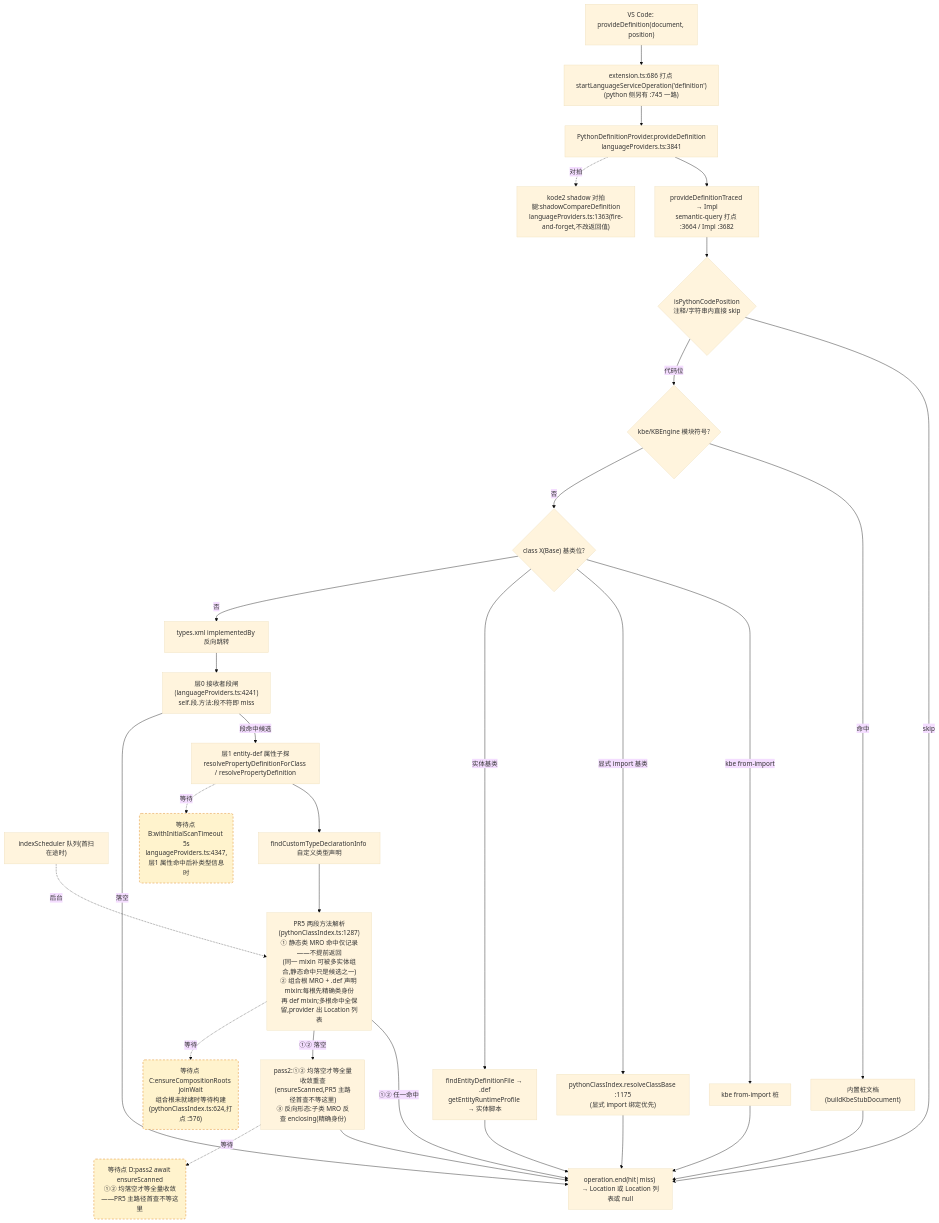
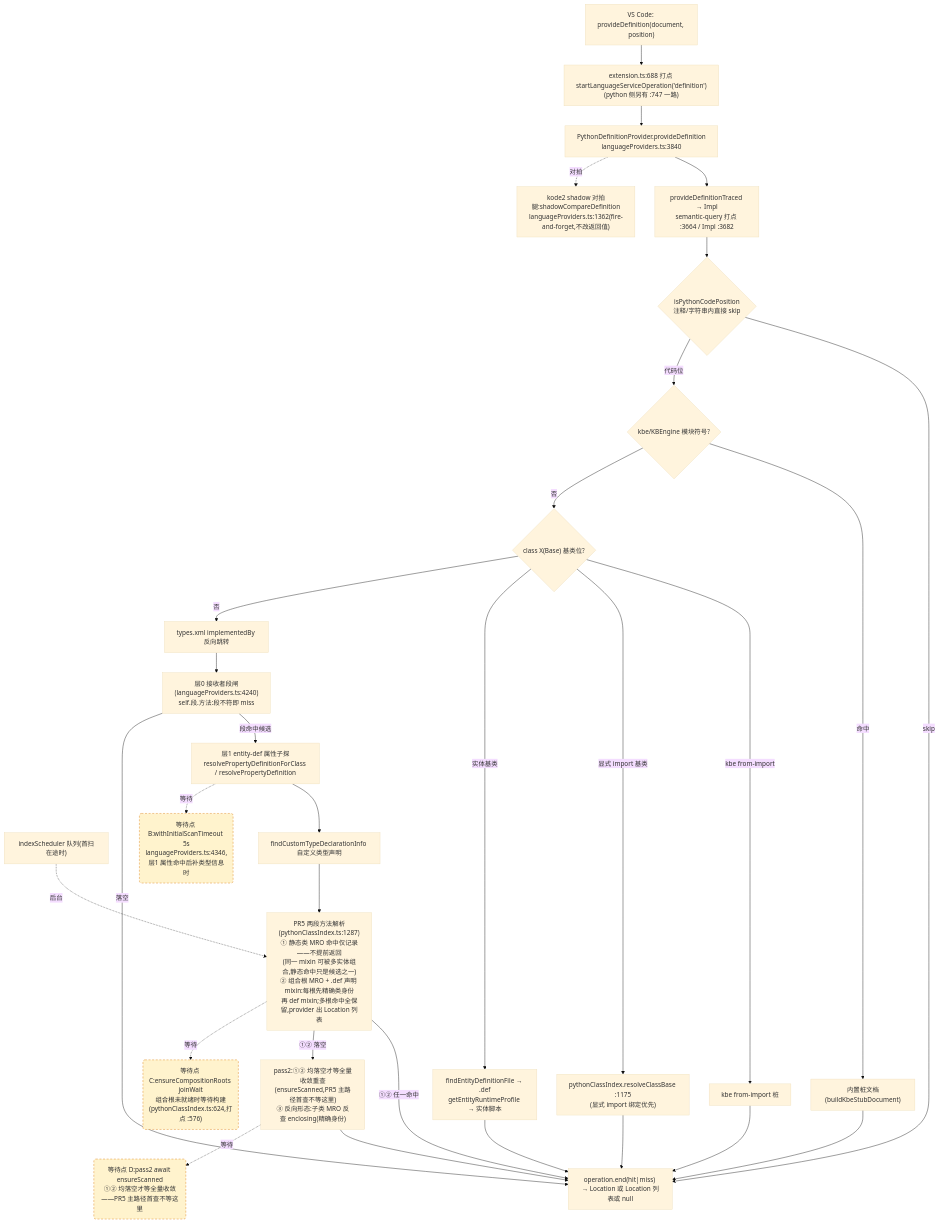
Before and after one commit to cuihairu/kode: the second of 4 diagrams in docs/perf/2026-baseline.md, drawn with Mermaid (base theme). The commit also changed other lines of this file and 17 other files, not shown here.

Commit message:
refactor: split schema core and presentation

````diff
--- a/docs/perf/2026-baseline.md
+++ b/docs/perf/2026-baseline.md
@@ -130,51 +130,51 @@
 ```mermaid
 flowchart TD
   VC2["VS Code: provideDefinition(document, position)"]
-  M2["extension.ts:686 打点 startLanguageServiceOperation('definition')<br/>(python 侧另有 :745 一路)"]
-  AD2["PythonDefinitionProvider.provideDefinition<br/>languageProviders.ts:3841"]
+  M2["extension.ts:688 打点 startLanguageServiceOperation('definition')<br/>(python 侧另有 :747 一路)"]
+  AD2["PythonDefinitionProvider.provideDefinition<br/>languageProviders.ts:3840"]
   TR["provideDefinitionTraced → Impl<br/>semantic-query 打点 :3664 / Impl :3682"]
   CTX{"isPythonCodePosition<br/>注释/字符串内直接 skip"}
   KBE{"kbe/KBEngine 模块符号?"}
   STUB["内置桩文档(buildKbeStubDocument)"]
   CB{"class X(Base) 基类位?"}
   CB1["kbe from-import 桩"]
   CB2["pythonClassIndex.resolveClassBase :1175<br/>(显式 import 绑定优先)"]
   CB3["findEntityDefinitionFile → .def<br/>getEntityRuntimeProfile → 实体脚本"]
   REV["types.xml implementedBy 反向跳转"]
-  L0["层0 接收者段闸(languageProviders.ts:4241)<br/>self.段.方法:段不符即 miss"]
+  L0["层0 接收者段闸(languageProviders.ts:4240)<br/>self.段.方法:段不符即 miss"]
   L1["层1 entity-def 属性子探<br/>resolvePropertyDefinitionForClass / resolvePropertyDefinition"]
   SCAN["indexScheduler 队列(首扫在途时)"]
   TY["findCustomTypeDeclarationInfo 自定义类型声明"]
   MRO["PR5 两段方法解析(pythonClassIndex.ts:1287)<br/>① 静态类 MRO 命中仅记录——不提前返回<br/>(同一 mixin 可被多实体组合,静态命中只是候选之一)<br/>② 组合根 MRO + .def 声明 mixin:每根先精确类身份<br/>再 def mixin;多根命中全保留,provider 出 Location 列表"]
   PASS2["pass2:①② 均落空才等全量收敛重查<br/>(ensureScanned,PR5 主路径首查不等这里)<br/>③ 反向形态:子类 MRO 反查 enclosing(精确身份)"]
-  SHD["kode2 shadow 对拍腿:shadowCompareDefinition<br/>languageProviders.ts:1363(fire-and-forget,不改返回值)"]
+  SHD["kode2 shadow 对拍腿:shadowCompareDefinition<br/>languageProviders.ts:1362(fire-and-forget,不改返回值)"]
   END2["operation.end(hit|miss) → Location 或 Location 列表或 null"]
 
   VC2 --> M2 --> AD2 --> TR --> CTX
   CTX -- "skip" --> END2
   CTX -- "代码位" --> KBE
   KBE -- "命中" --> STUB --> END2
   KBE -- "否" --> CB
   CB -- "kbe from-import" --> CB1 --> END2
   CB -- "显式 import 基类" --> CB2 --> END2
   CB -- "实体基类" --> CB3 --> END2
   CB -- "否" --> REV --> L0
   L0 -- "段命中候选" --> L1
   L0 -- "落空" --> END2
   L1 --> TY
   TY --> MRO
   MRO -- "①② 任一命中" --> END2
   MRO -- "①② 落空" --> PASS2 --> END2
   AD2 -.->|对拍| SHD
 
-  WAITB("等待点 B:withInitialScanTimeout 5s<br/>languageProviders.ts:4347,层1 属性命中后补类型信息时")
+  WAITB("等待点 B:withInitialScanTimeout 5s<br/>languageProviders.ts:4346,层1 属性命中后补类型信息时")
   WAITC("等待点 C:ensureCompositionRoots joinWait<br/>组合根未就绪时等待构建(pythonClassIndex.ts:624,打点 :576)")
   WAITD("等待点 D:pass2 await ensureScanned<br/>①② 均落空才等全量收敛——PR5 主路径首查不等这里")
   L1 -.->|等待| WAITB
   MRO -.->|等待| WAITC
   PASS2 -.->|等待| WAITD
   SCAN -.->|后台| MRO
 
   classDef waitPoint fill:#fff3cd,stroke:#d97706,stroke-dasharray:5 4;
   class WAITB,WAITC,WAITD waitPoint;
 ```
````
